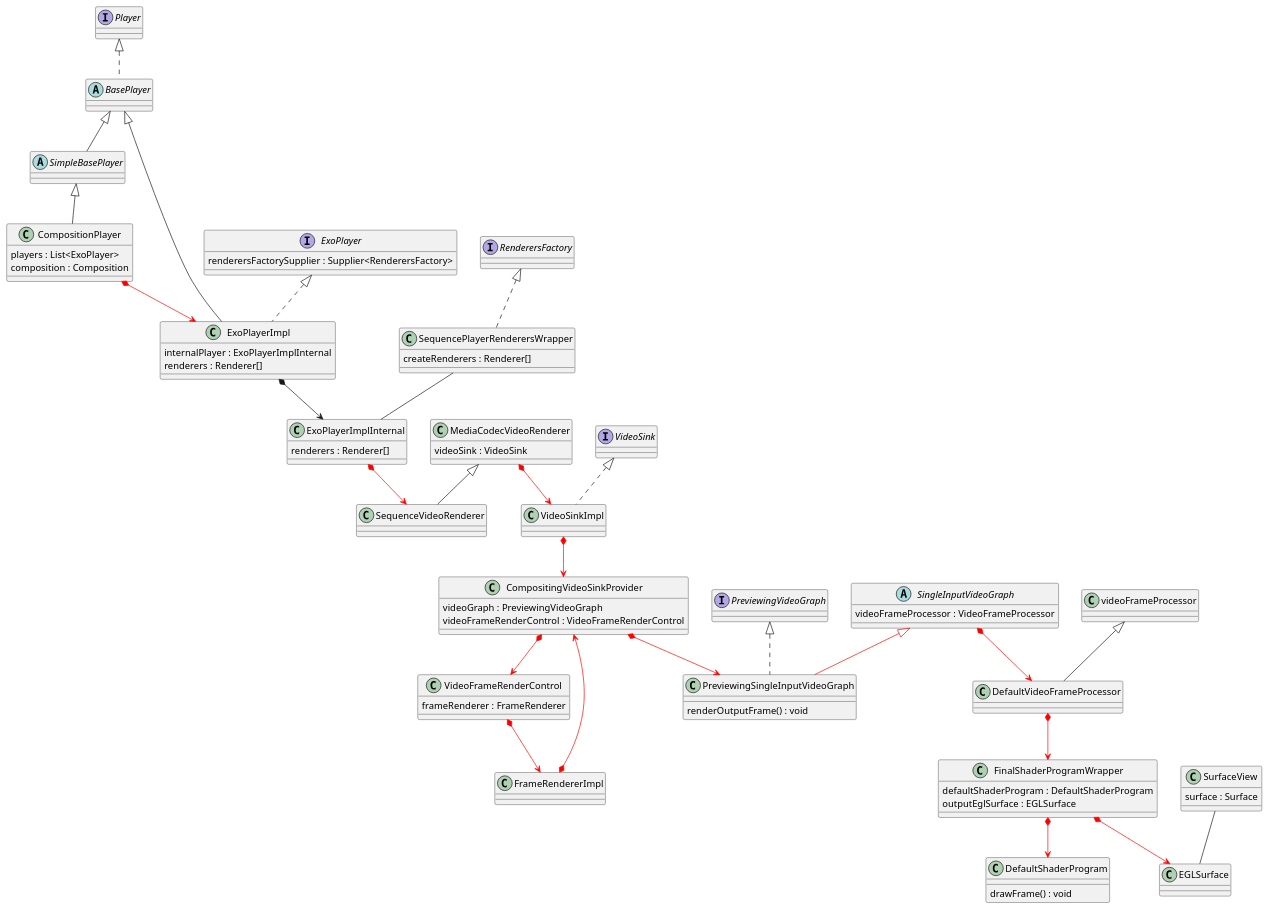
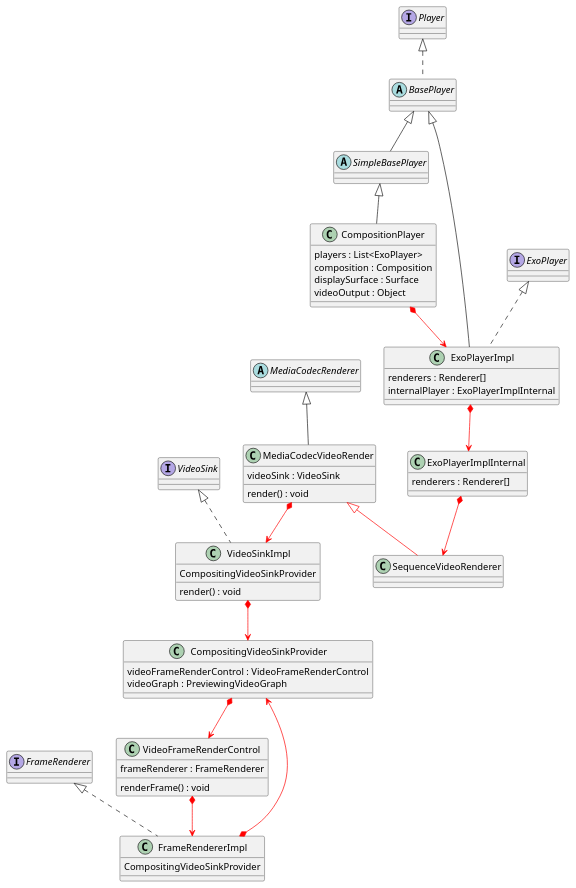
Before and after one commit to AndyYoung1004/Exo_Transformer: the diagram in preview.puml, drawn with PlantUML. The commit also changed other lines of this file and 1 other file, not shown here.

```diff
--- a/preview.puml
+++ b/preview.puml
@@ -1,134 +1,84 @@
 @startuml
 
+class CompositionPlayer {
+players : List<ExoPlayer>
+composition : Composition
+displaySurface : Surface
+videoOutput : Object
+}
+
+abstract class SimpleBasePlayer {}
+
+abstract class BasePlayer {}
+
 interface Player {}
-abstract class BasePlayer {}
-abstract class SimpleBasePlayer {}
+
 Player <|.. BasePlayer
 BasePlayer <|-- SimpleBasePlayer
 SimpleBasePlayer <|-- CompositionPlayer
 
-
-CompositionPlayer *-[#red]-> ExoPlayerImpl
-ExoPlayer <|.. ExoPlayerImpl
-
-BasePlayer <|-- ExoPlayerImpl
-
-ExoPlayerImpl *--> ExoPlayerImplInternal
-
-class CompositionPlayer {
-players : List<ExoPlayer>
-composition : Composition
-}
-
-interface ExoPlayer {
-renderersFactorySupplier : Supplier<RenderersFactory>
-}
+interface ExoPlayer {}
 
 class ExoPlayerImpl {
+renderers : Renderer[]
 internalPlayer : ExoPlayerImplInternal
-renderers : Renderer[]
+
 }
+BasePlayer <|-- ExoPlayerImpl
+ExoPlayer <|.. ExoPlayerImpl
+CompositionPlayer *-[#red]-> ExoPlayerImpl
 
 class ExoPlayerImplInternal {
 renderers : Renderer[]
+
 }
 
-ExoPlayerImplInternal *-[#red]-> SequenceVideoRenderer
+ExoPlayerImpl *-[#red]-> ExoPlayerImplInternal
 
-interface RenderersFactory {}
+abstract class MediaCodecRenderer {}
 
-class SequencePlayerRenderersWrapper {
-createRenderers : Renderer[]
+class MediaCodecVideoRender {
+videoSink : VideoSink
+render() : void
 }
-
-RenderersFactory <|.. SequencePlayerRenderersWrapper
-
-SequencePlayerRenderersWrapper -- ExoPlayerImplInternal
 
 class SequenceVideoRenderer {
 
 }
 
-class MediaCodecVideoRenderer {
-videoSink : VideoSink
-}
+MediaCodecRenderer <|-- MediaCodecVideoRender
+MediaCodecVideoRender <|-[#red]- SequenceVideoRenderer
+
+ExoPlayerImplInternal *-[#red]-> SequenceVideoRenderer
 
 interface VideoSink {}
-class VideoSinkImpl {}
-VideoSink <|.. VideoSinkImpl
-
-MediaCodecVideoRenderer *-[#red]-> VideoSinkImpl
-VideoSinkImpl *-[#red]-> CompositingVideoSinkProvider
-
-MediaCodecVideoRenderer <|-- SequenceVideoRenderer
 
 class CompositingVideoSinkProvider {
+videoFrameRenderControl : VideoFrameRenderControl
 videoGraph : PreviewingVideoGraph
-videoFrameRenderControl : VideoFrameRenderControl
 }
-
-interface PreviewingVideoGraph {}
-PreviewingVideoGraph <|.. PreviewingSingleInputVideoGraph
-CompositingVideoSinkProvider *-[#red]-> PreviewingSingleInputVideoGraph
-CompositingVideoSinkProvider *-[#red]-> VideoFrameRenderControl
 
 class VideoFrameRenderControl {
 frameRenderer : FrameRenderer
+renderFrame() : void
 }
 
-class FrameRendererImpl {}
+interface FrameRenderer {}
+class FrameRendererImpl {
+CompositingVideoSinkProvider
+}
+FrameRenderer <|.. FrameRendererImpl
+
+CompositingVideoSinkProvider *-[#red]-> VideoFrameRenderControl
 VideoFrameRenderControl *-[#red]-> FrameRendererImpl
 FrameRendererImpl *-[#red]-> CompositingVideoSinkProvider
 
-
-class PreviewingSingleInputVideoGraph {
-renderOutputFrame() : void
+class VideoSinkImpl {
+CompositingVideoSinkProvider
+render() : void
 }
-
-abstract class SingleInputVideoGraph {
-videoFrameProcessor : VideoFrameProcessor
-}
-
-SingleInputVideoGraph <|-[#red]- PreviewingSingleInputVideoGraph
-SingleInputVideoGraph *-[#red]-> DefaultVideoFrameProcessor
-class VideoFrameRenderControl {
-
-}
-
-class FrameRendererImpl {
-
-}
-
-class videoFrameProcessor {
-
-}
-
-class DefaultVideoFrameProcessor {
-
-}
-
-videoFrameProcessor <|-- DefaultVideoFrameProcessor
-DefaultVideoFrameProcessor *-[#red]-> FinalShaderProgramWrapper
-FinalShaderProgramWrapper *-[#red]-> DefaultShaderProgram
-class FinalShaderProgramWrapper {
-defaultShaderProgram : DefaultShaderProgram
-outputEglSurface : EGLSurface
-}
-
-class DefaultShaderProgram {
-drawFrame() : void
-}
-
-
-class SurfaceView {
-surface : Surface
-}
-
-class EGLSurface {
-
-}
-
-SurfaceView -- EGLSurface
-FinalShaderProgramWrapper *-[#red]-> EGLSurface
+VideoSink <|.. VideoSinkImpl
+MediaCodecVideoRender *-[#red]-> VideoSinkImpl
+VideoSinkImpl *-[#red]-> CompositingVideoSinkProvider
 
 @enduml
```
